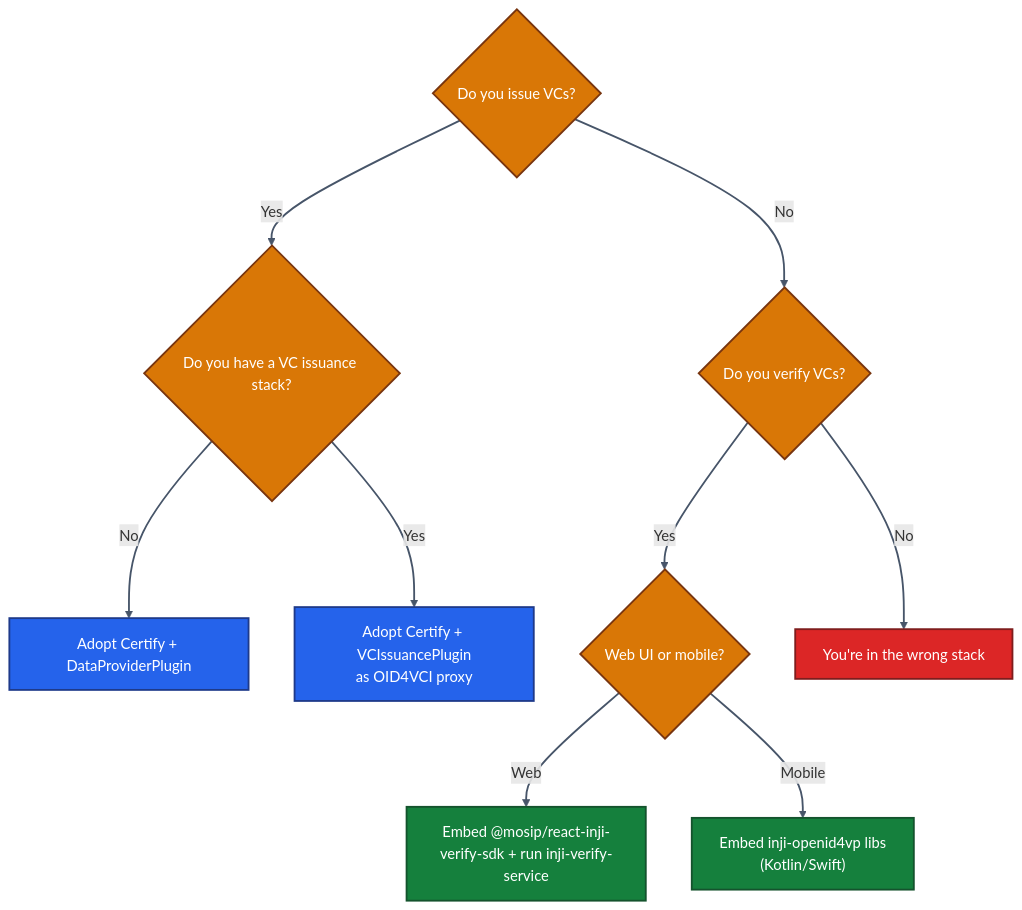
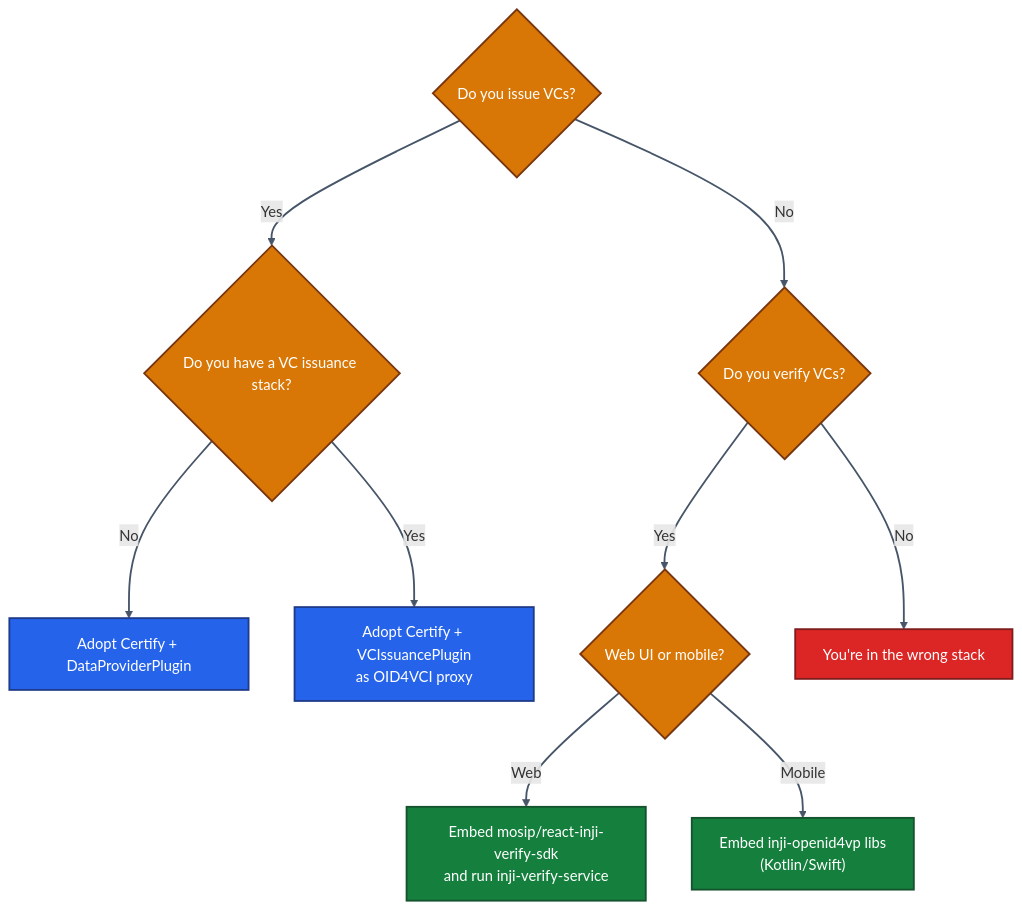
Before and after one commit to viitoradmin/inji-digital-health-id: the sixth of 6 diagrams in developer docs/08-Modularity-Aspects.md, drawn with Mermaid. The commit also changed other lines of this file and 3 other files, not shown here.

Commit message:
fix(docs): remove @ from mermaid diagrams for GitHub rendering

````diff
--- a/developer docs/08-Modularity-Aspects.md
+++ b/developer docs/08-Modularity-Aspects.md
@@ -287,27 +287,27 @@
 ```mermaid
 flowchart TB
     Q1{Do you issue VCs?}
     Q1 -- Yes --> Q2{Do you have a VC issuance stack?}
     Q1 -- No --> Q3{Do you verify VCs?}
 
     Q2 -- "No" --> A1[Adopt Certify + DataProviderPlugin]
     Q2 -- "Yes" --> A2[Adopt Certify + VCIssuancePlugin<br/>as OID4VCI proxy]
 
     Q3 -- "Yes" --> Q4{Web UI or mobile?}
     Q3 -- "No" --> A0[You're in the wrong stack]
 
-    Q4 -- "Web" --> A3["Embed @mosip/react-inji-verify-sdk + run inji-verify-service"]
+    Q4 -- "Web" --> A3["Embed mosip/react-inji-verify-sdk<br/>and run inji-verify-service"]
     Q4 -- "Mobile" --> A4["Embed inji-openid4vp libs<br/>(Kotlin/Swift)"]
 
     classDef decision fill:#D97706,stroke:#78350F,stroke-width:2px,color:#FFFFFF
     classDef issueAnswer fill:#2563EB,stroke:#1E3A8A,stroke-width:2px,color:#FFFFFF
     classDef verifyAnswer fill:#15803D,stroke:#14532D,stroke-width:2px,color:#FFFFFF
     classDef wrongAnswer fill:#DC2626,stroke:#7F1D1D,stroke-width:2px,color:#FFFFFF
 
     class Q1,Q2,Q3,Q4 decision
     class A1,A2 issueAnswer
     class A3,A4 verifyAnswer
     class A0 wrongAnswer
 
     linkStyle default stroke:#475569,stroke-width:2px
 ```
````
